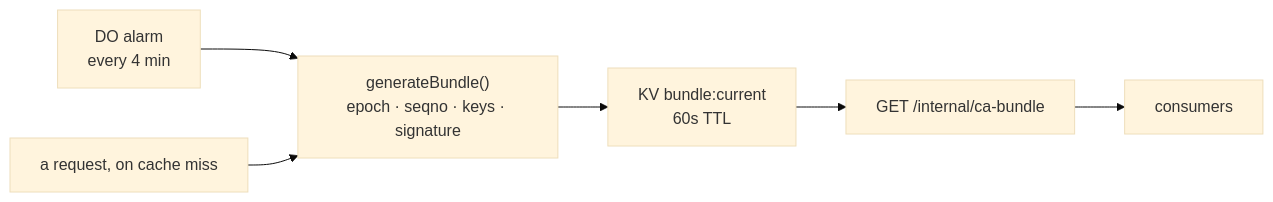
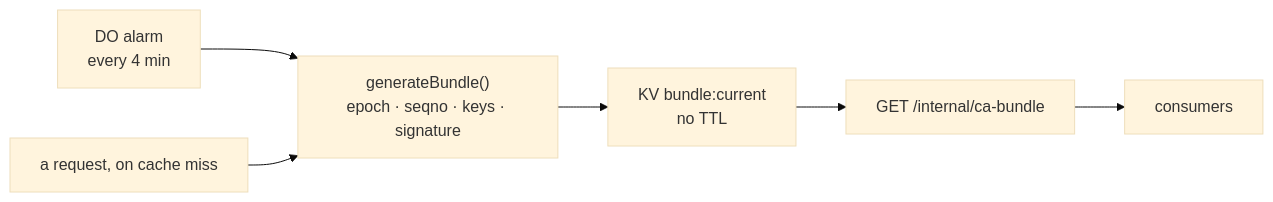
Before and after one commit to agentic-research/notme: the sixth of 6 diagrams in docs/FLOWS.md, drawn with Mermaid (base theme). The commit also changed other lines of this file and 3 other files, not shown here.

First line of the commit message:
[notme-cd9d7c] fix(worker): no KV TTL on the Worker's bundle:current write

````diff
--- a/docs/FLOWS.md
+++ b/docs/FLOWS.md
@@ -309,8 +309,8 @@
 ```mermaid
 graph LR
     AL["DO alarm<br/>every 4 min"] --> GB["generateBundle()<br/>epoch · seqno · keys · signature"]
-    GB --> KV["KV bundle:current<br/>60s TTL"]
+    GB --> KV["KV bundle:current<br/>no TTL"]
     KV --> EP["GET /internal/ca-bundle"]
     EP --> CO["consumers"]
     RQ["a request, on cache miss"] --> GB
 ```
````
